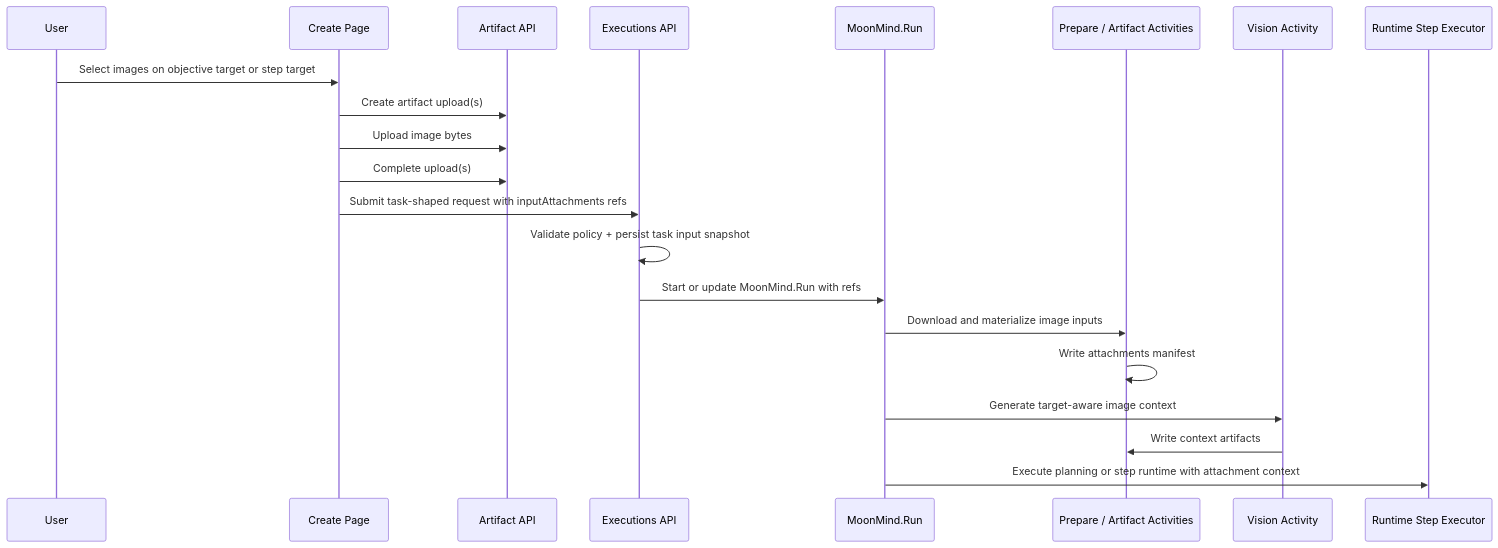
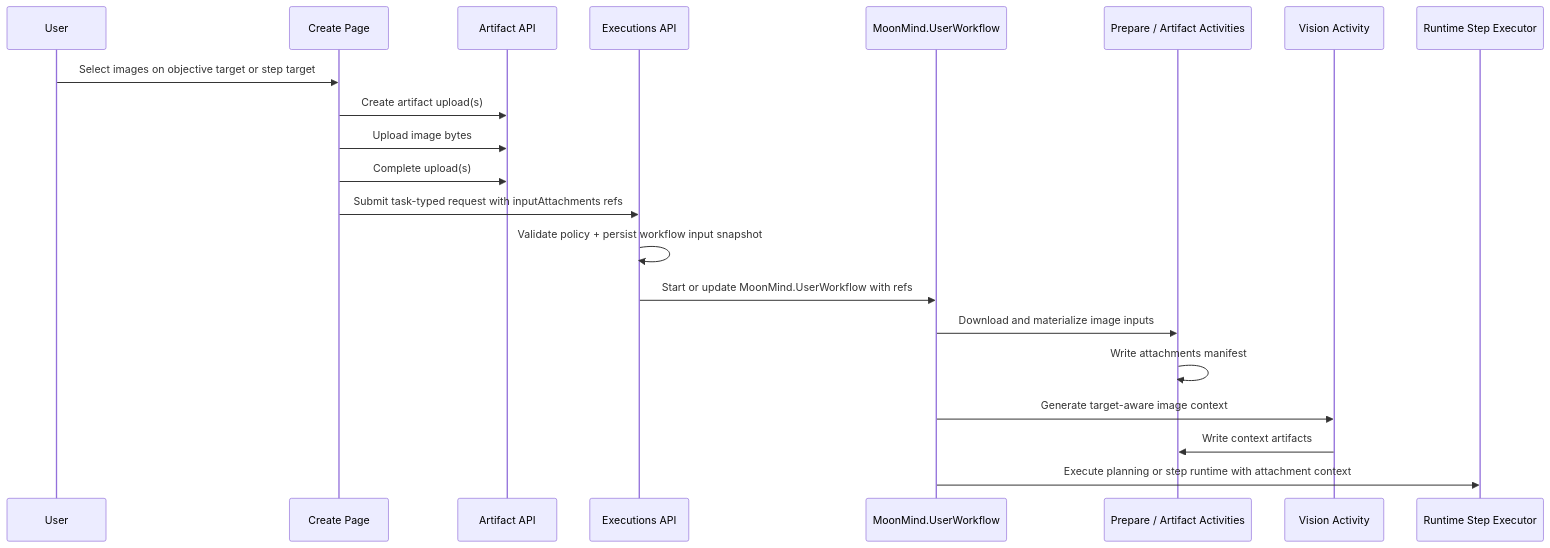
Before and after one commit to MoonLadderStudios/MoonMind: the diagram in docs/Workflows/ImageSystem.md, drawn with Mermaid. The commit also changed other lines of this file and 425 other files, not shown here.

````diff
--- a/docs/Workflows/ImageSystem.md
+++ b/docs/Workflows/ImageSystem.md
@@ -98,24 +98,24 @@
 ```mermaid
 sequenceDiagram
     participant U as User
     participant C as Create Page
     participant A as Artifact API
     participant E as Executions API
-    participant W as MoonMind.Run
+    participant W as MoonMind.UserWorkflow
     participant P as Prepare / Artifact Activities
     participant V as Vision Activity
     participant R as Runtime Step Executor
 
     U->>C: Select images on objective target or step target
     C->>A: Create artifact upload(s)
     C->>A: Upload image bytes
     C->>A: Complete upload(s)
-    C->>E: Submit task-shaped request with inputAttachments refs
-    E->>E: Validate policy + persist task input snapshot
-    E->>W: Start or update MoonMind.Run with refs
+    C->>E: Submit task-typed request with inputAttachments refs
+    E->>E: Validate policy + persist workflow input snapshot
+    E->>W: Start or update MoonMind.UserWorkflow with refs
     W->>P: Download and materialize image inputs
     P->>P: Write attachments manifest
     W->>V: Generate target-aware image context
     V->>P: Write context artifacts
     W->>R: Execute planning or step runtime with attachment context
 ```
````
